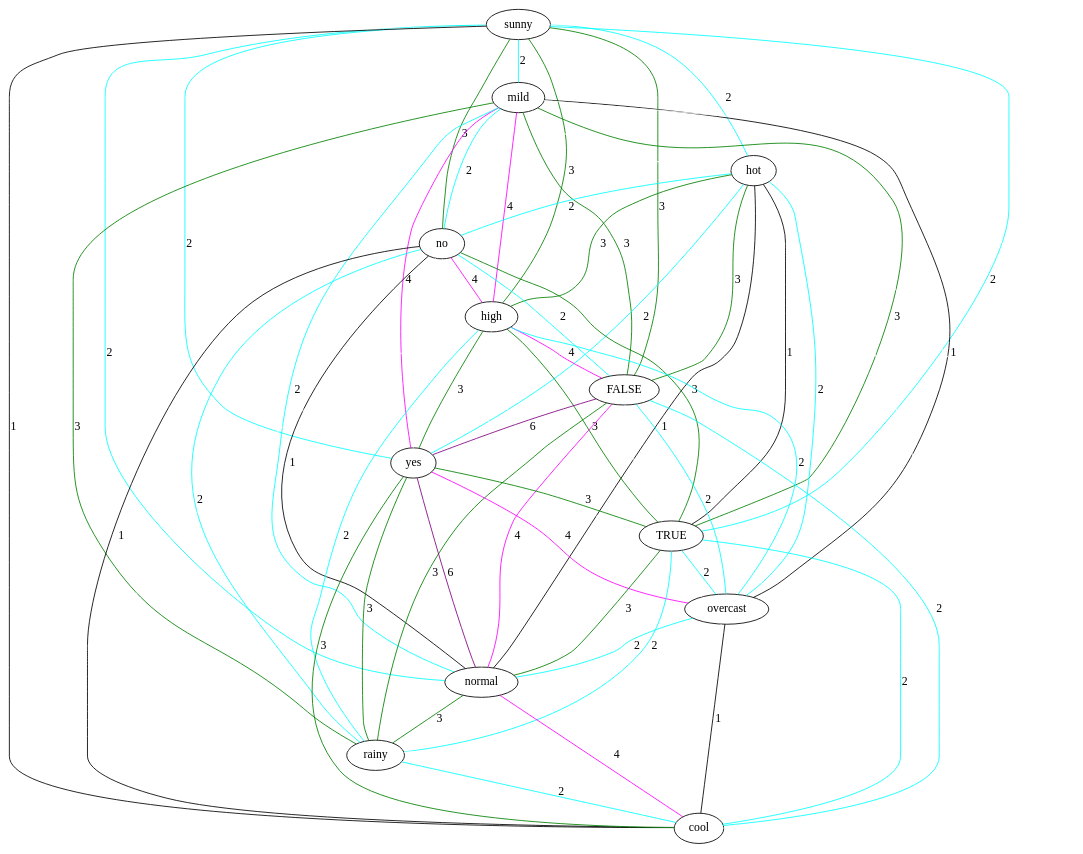
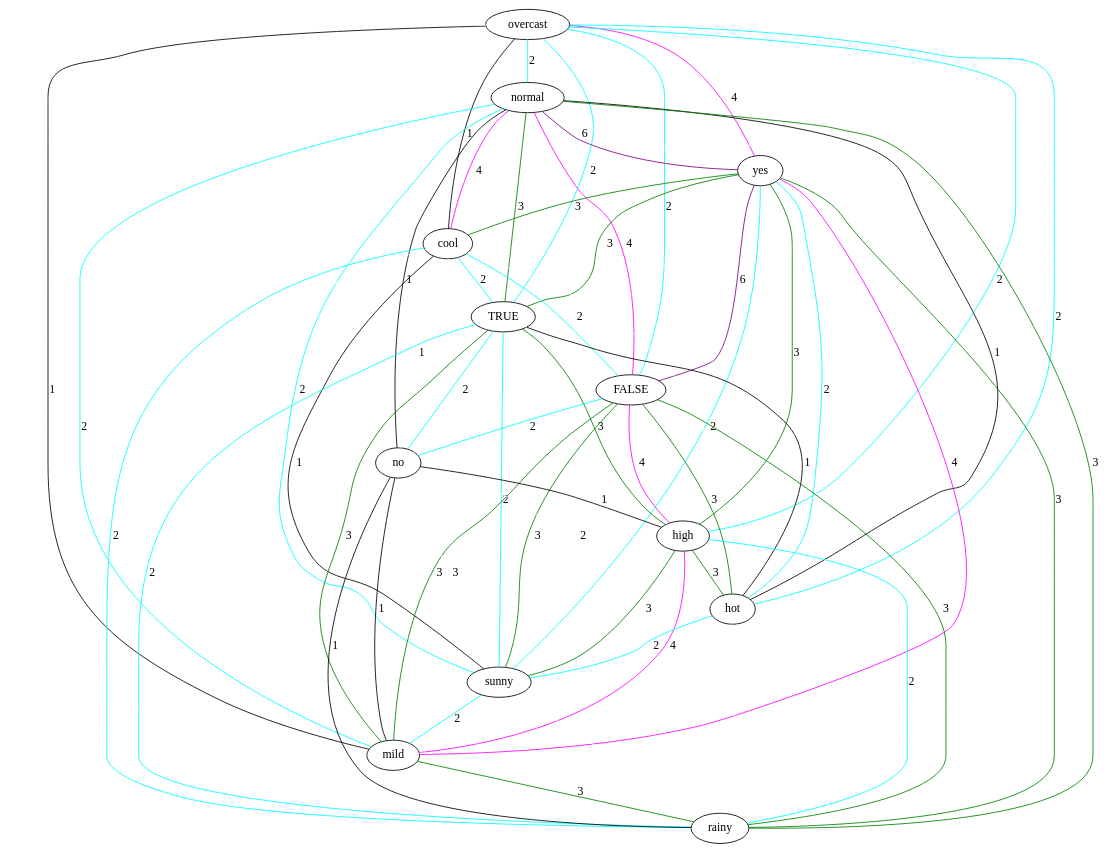
One commit to lrodrin/TFG changed the diagram in src/SQL/gaifman.dot. Above: the diagram before and after it, drawn with Graphviz. The commit also changed 7 other files, not shown here.

```diff
--- a/src/SQL/gaifman.dot
+++ b/src/SQL/gaifman.dot
@@ -1,80 +1,119 @@
 strict graph "" {
+overcast;
+normal;
+yes
+;
+cool;
+TRUE;
+FALSE;
+no
+;
+high;
+hot;
 sunny;
 mild;
-hot;
 no;
-high;
-FALSE;
-yes;
-TRUE;
-overcast;
-normal;
 rainy;
-cool;
-sunny -- cool  [color=black, label=1];
-sunny -- FALSE  [color=green, label=3];
-sunny -- mild  [color=cyan, label=2];
-sunny -- TRUE  [color=cyan, label=2];
-sunny -- normal  [color=cyan, label=2];
-sunny -- hot  [color=cyan, label=2];
-sunny -- no  [color=green, label=3];
-sunny -- rainy  [color=white];
-sunny -- high  [color=green, label=3];
-sunny -- overcast  [color=white];
-sunny -- yes  [color=cyan, label=2];
-mild -- FALSE  [color=green, label=3];
-mild -- yes  [color=magenta, label=4];
-mild -- TRUE  [color=green, label=3];
-mild -- normal  [color=cyan, label=2];
-mild -- cool  [color=white];
-mild -- hot  [color=white];
-mild -- no  [color=cyan, label=2];
-mild -- rainy  [color=green, label=3];
-mild -- high  [color=magenta, label=4];
-mild -- overcast  [color=black, label=1];
-hot -- FALSE  [color=green, label=3];
-hot -- TRUE  [color=black, label=1];
-hot -- normal  [color=black, label=1];
-hot -- cool  [color=white];
-hot -- yes  [color=cyan, label=2];
-hot -- no  [color=cyan, label=2];
-hot -- rainy  [color=white];
-hot -- high  [color=green, label=3];
-hot -- overcast  [color=cyan, label=2];
-no -- FALSE  [color=cyan, label=2];
-no -- TRUE  [color=green, label=3];
-no -- cool  [color=black, label=1];
-no -- normal  [color=black, label=1];
-no -- rainy  [color=cyan, label=2];
-no -- high  [color=magenta, label=4];
-no -- overcast  [color=white];
-no -- yes  [color=white];
-high -- FALSE  [color=magenta, label=4];
-high -- TRUE  [color=green, label=3];
-high -- cool  [color=white];
-high -- rainy  [color=cyan, label=2];
-high -- normal  [color=white];
-high -- overcast  [color=cyan, label=2];
-high -- yes  [color=green, label=3];
-FALSE -- yes  [color=purple, label=6];
-FALSE -- TRUE  [color=white];
-FALSE -- normal  [color=magenta, label=4];
-FALSE -- cool  [color=cyan, label=2];
-FALSE -- rainy  [color=green, label=3];
-FALSE -- overcast  [color=cyan, label=2];
-yes -- TRUE  [color=green, label=3];
-yes -- normal  [color=purple, label=6];
-yes -- cool  [color=green, label=3];
-yes -- rainy  [color=green, label=3];
-yes -- overcast  [color=magenta, label=4];
-TRUE -- cool  [color=cyan, label=2];
-TRUE -- normal  [color=green, label=3];
-TRUE -- rainy  [color=cyan, label=2];
-TRUE -- overcast  [color=cyan, label=2];
 overcast -- normal  [color=cyan, label=2];
 overcast -- cool  [color=black, label=1];
+overcast -- yes
+  [color=magenta, label=4];
+overcast -- no  [color=white];
+overcast -- FALSE  [color=cyan, label=2];
+overcast -- sunny  [color=white];
+overcast -- no
+  [color=white];
+overcast -- hot  [color=cyan, label=2];
+overcast -- high  [color=cyan, label=2];
+overcast -- mild  [color=black, label=1];
+overcast -- TRUE  [color=cyan, label=2];
 overcast -- rainy  [color=white];
+normal -- sunny  [color=cyan, label=2];
 normal -- cool  [color=magenta, label=4];
+normal -- yes
+  [color=purple, label=6];
+normal -- no  [color=white];
+normal -- FALSE  [color=magenta, label=4];
+normal -- no
+  [color=black, label=1];
+normal -- hot  [color=black, label=1];
+normal -- high  [color=white];
+normal -- mild  [color=cyan, label=2];
+normal -- TRUE  [color=green, label=3];
 normal -- rainy  [color=green, label=3];
-rainy -- cool  [color=cyan, label=2];
+yes
+ -- cool  [color=green, label=3];
+yes
+ -- TRUE  [color=green, label=3];
+yes
+ -- FALSE  [color=purple, label=6];
+yes
+ -- sunny  [color=cyan, label=2];
+yes
+ -- no
+  [color=white];
+yes
+ -- hot  [color=cyan, label=2];
+yes
+ -- high  [color=green, label=3];
+yes
+ -- mild  [color=magenta, label=4];
+yes
+ -- no  [color=white];
+yes
+ -- rainy  [color=green, label=3];
+cool -- TRUE  [color=cyan, label=2];
+cool -- FALSE  [color=cyan, label=2];
+cool -- sunny  [color=black, label=1];
+cool -- no
+  [color=black, label=1];
+cool -- hot  [color=white];
+cool -- high  [color=white];
+cool -- mild  [color=white];
+cool -- no  [color=white];
+cool -- rainy  [color=cyan, label=2];
+TRUE -- no  [color=black, label=1];
+TRUE -- FALSE  [color=white];
+TRUE -- sunny  [color=cyan, label=2];
+TRUE -- no
+  [color=cyan, label=2];
+TRUE -- hot  [color=black, label=1];
+TRUE -- high  [color=green, label=3];
+TRUE -- mild  [color=green, label=3];
+TRUE -- rainy  [color=cyan, label=2];
+FALSE -- no  [color=white];
+FALSE -- sunny  [color=green, label=3];
+FALSE -- no
+  [color=cyan, label=2];
+FALSE -- hot  [color=green, label=3];
+FALSE -- high  [color=magenta, label=4];
+FALSE -- mild  [color=green, label=3];
+FALSE -- rainy  [color=green, label=3];
+no
+ -- sunny  [color=green, label=3];
+no
+ -- hot  [color=cyan, label=2];
+no
+ -- high  [color=green, label=3];
+no
+ -- mild  [color=black, label=1];
+no
+ -- no  [color=white];
+no
+ -- rainy  [color=black, label=1];
+high -- no  [color=black, label=1];
+high -- hot  [color=green, label=3];
+high -- sunny  [color=green, label=3];
+high -- mild  [color=magenta, label=4];
+high -- rainy  [color=cyan, label=2];
+hot -- no  [color=white];
+hot -- sunny  [color=cyan, label=2];
+hot -- mild  [color=white];
+hot -- rainy  [color=white];
+sunny -- no  [color=white];
+sunny -- mild  [color=cyan, label=2];
+sunny -- rainy  [color=white];
+mild -- no  [color=black, label=1];
+mild -- rainy  [color=green, label=3];
+no -- rainy  [color=black, label=1];
 }
```
